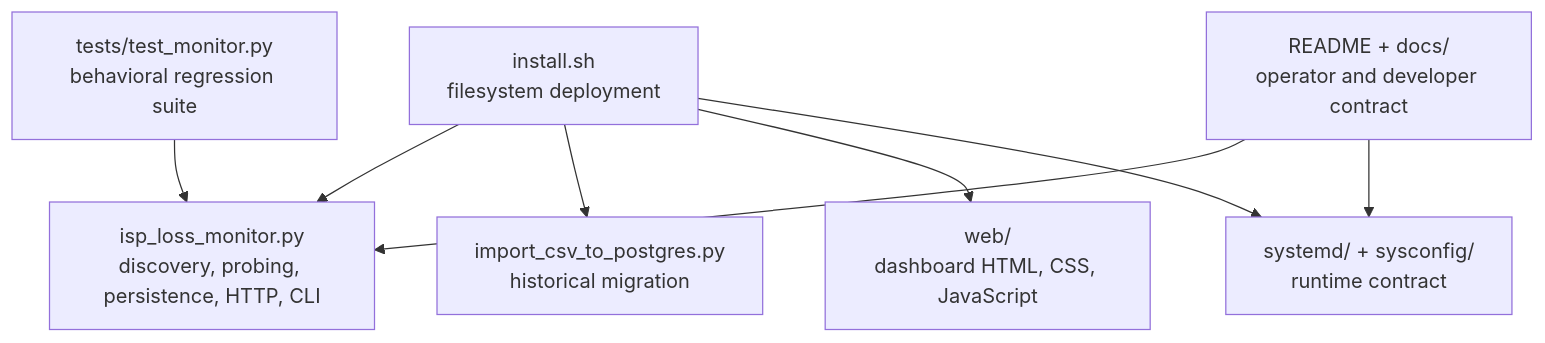
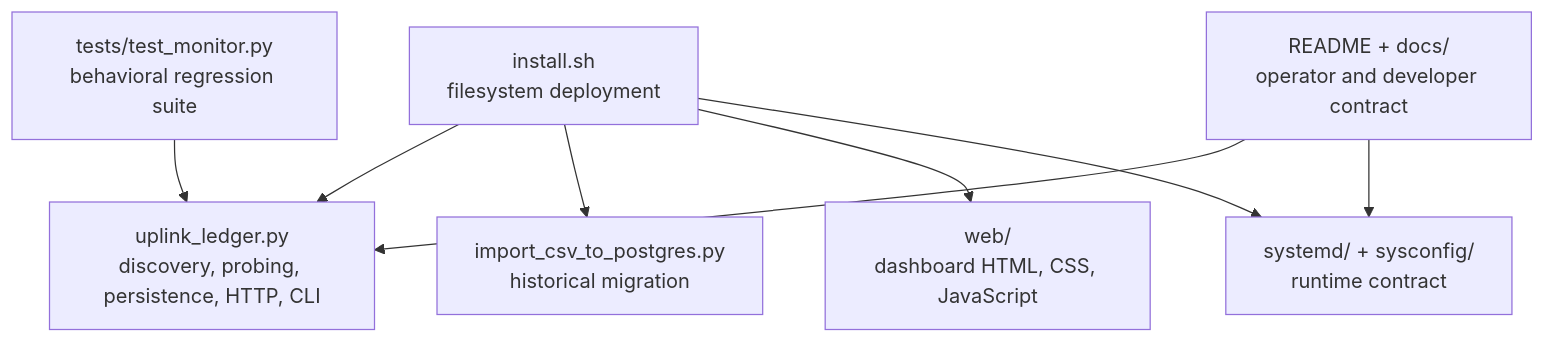
Before and after one commit to jodytripp/uplink-ledger: the first of 3 diagrams in docs/development.md, drawn with Mermaid. The commit also changed other lines of this file and 18 other files, not shown here.

Commit message:
Complete Uplink Ledger rename

````diff
--- a/docs/development.md
+++ b/docs/development.md
@@ -9,18 +9,18 @@
 ```mermaid
 flowchart TD
-    CORE["isp_loss_monitor.py<br/>discovery, probing, persistence, HTTP, CLI"]
+    CORE["uplink_ledger.py<br/>discovery, probing, persistence, HTTP, CLI"]
     IMPORT["import_csv_to_postgres.py<br/>historical migration"]
     WEB["web/<br/>dashboard HTML, CSS, JavaScript"]
     UNIT["systemd/ + sysconfig/<br/>runtime contract"]
     INSTALL["install.sh<br/>filesystem deployment"]
     TEST["tests/test_monitor.py<br/>behavioral regression suite"]
     DOCS["README + docs/<br/>operator and developer contract"]
 
     INSTALL --> CORE
     INSTALL --> IMPORT
     INSTALL --> WEB
     INSTALL --> UNIT
     TEST --> CORE
     DOCS --> CORE
     DOCS --> UNIT
 ```
````
